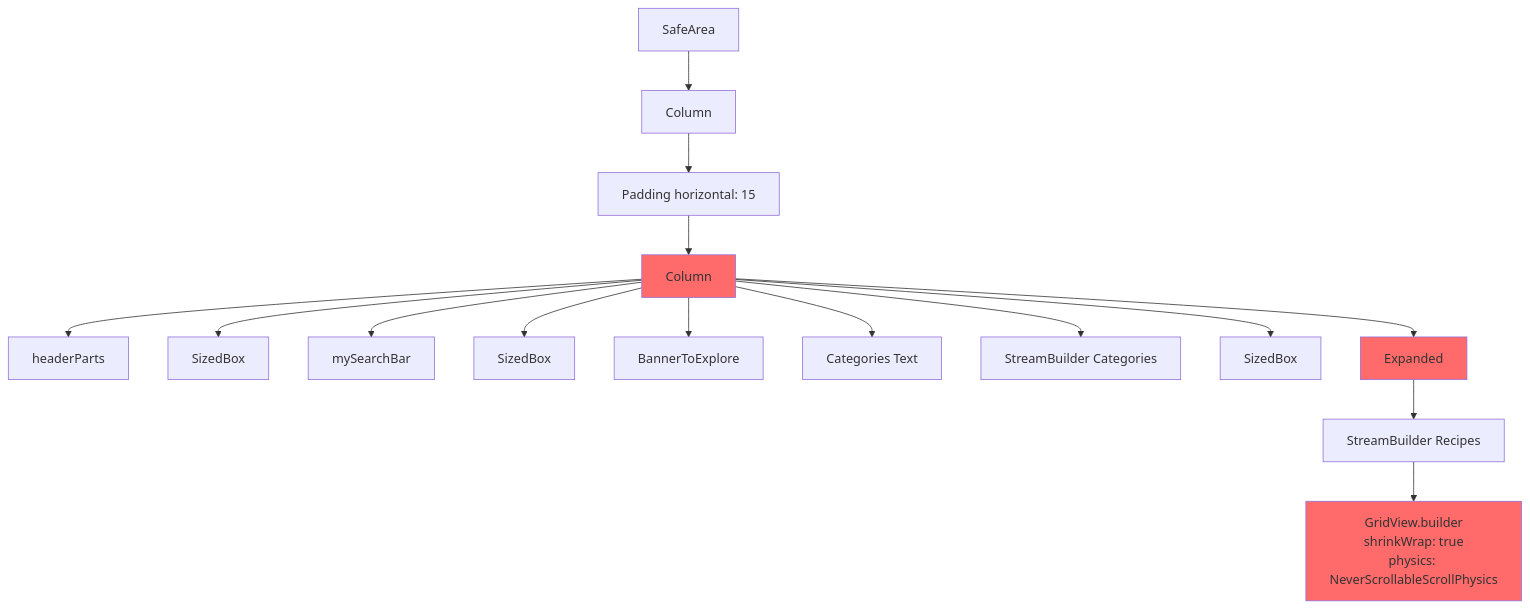
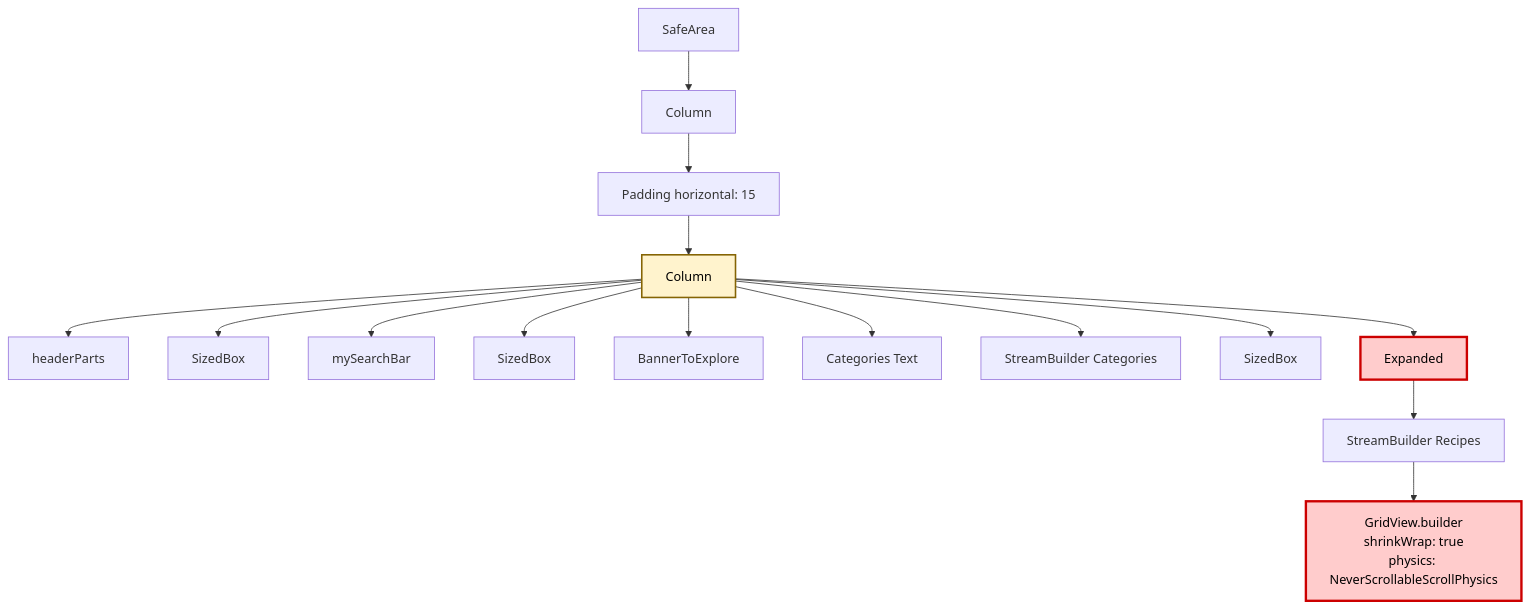
One commit to hrhouma1/flutter-recette-app-october-2025-v3 changed the first of 6 diagrams in lib/Views/exercices/01-layout-comparison-analysis.md. Above: the diagram before and after it, drawn with Mermaid. The commit also changed other lines of this file and 3 other files, not shown here.

````diff
--- a/lib/Views/exercices/01-layout-comparison-analysis.md
+++ b/lib/Views/exercices/01-layout-comparison-analysis.md
@@ -17,21 +17,22 @@
 ```mermaid
+%%{init: {'theme':'default', 'themeVariables': { 'primaryColor':'#ffcccc','primaryTextColor':'#000','primaryBorderColor':'#cc0000','lineColor':'#333','secondaryColor':'#fff3cd','secondaryTextColor':'#000','tertiaryColor':'#d4edda','tertiaryTextColor':'#000'}}}%%
 graph TD
     A[SafeArea] --> B[Column]
     B --> C[Padding horizontal: 15]
     C --> D[Column]
     D --> E[headerParts]
     D --> F[SizedBox]
     D --> G[mySearchBar]
     D --> H[SizedBox]
     D --> I[BannerToExplore]
     D --> J[Categories Text]
     D --> K[StreamBuilder Categories]
     D --> L[SizedBox]
     D --> M[Expanded]
     M --> N[StreamBuilder Recipes]
     N --> O[GridView.builder<br/>shrinkWrap: true<br/>physics: NeverScrollableScrollPhysics]
     
-    style M fill:#ff6b6b
-    style D fill:#ff6b6b
-    style O fill:#ff6b6b
+    style M fill:#ffcccc,stroke:#cc0000,stroke-width:3px,color:#000
+    style D fill:#fff3cd,stroke:#856404,stroke-width:2px,color:#000
+    style O fill:#ffcccc,stroke:#cc0000,stroke-width:3px,color:#000
 ```
````
